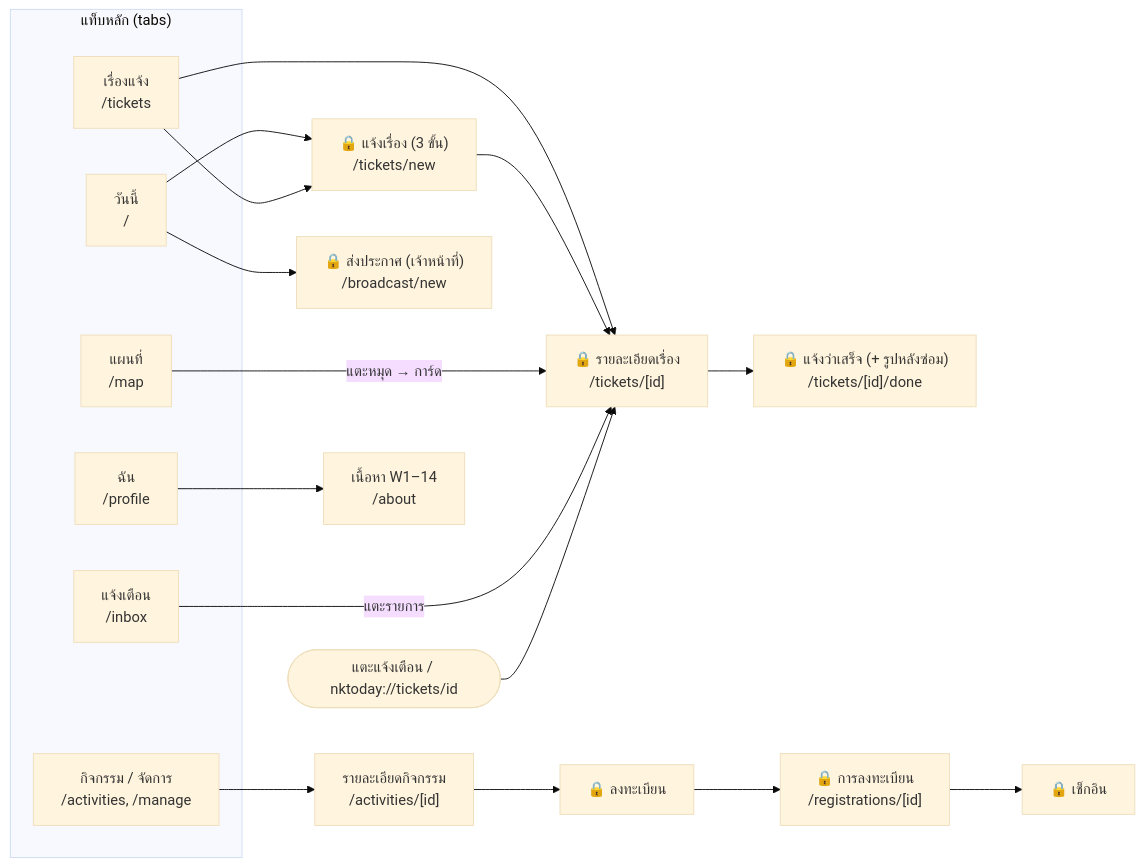
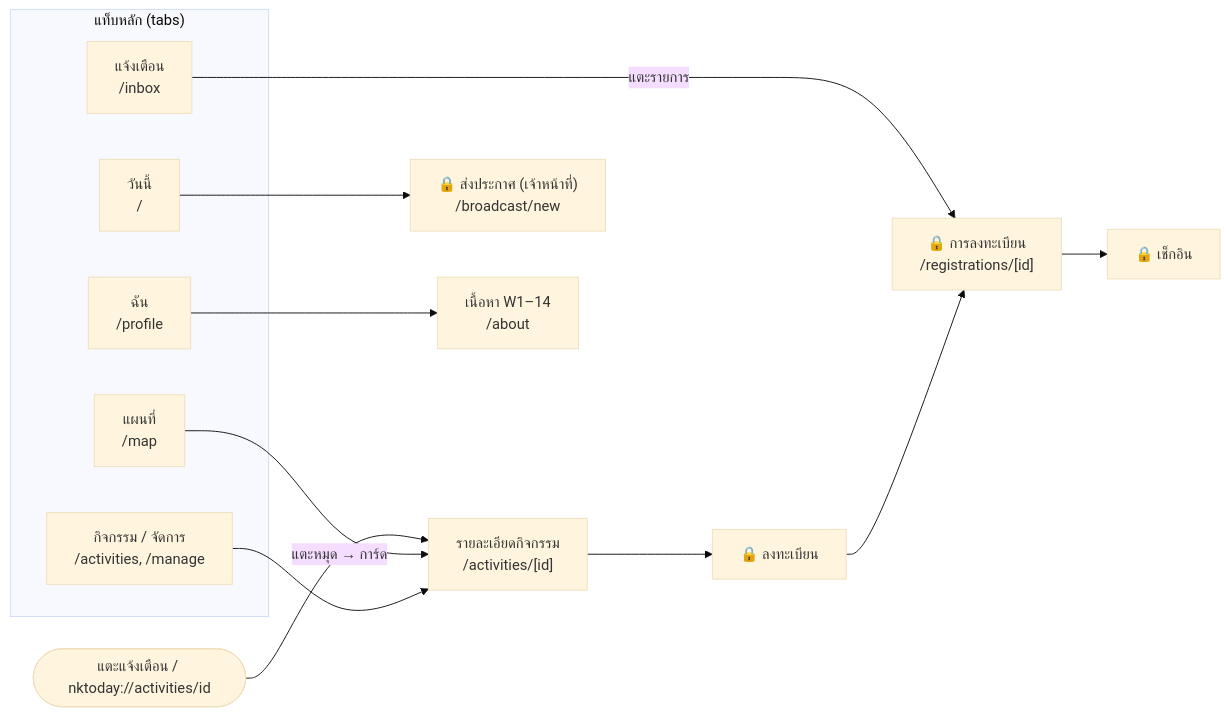
One commit to phop01/Hybrid_Mobile_Assignment changed the first of 10 diagrams in docs/DIAGRAMS.md. Above: the diagram before and after it, drawn with Mermaid (base theme). The commit also changed other lines of this file and 59 other files, not shown here.

````diff
--- a/docs/DIAGRAMS.md
+++ b/docs/DIAGRAMS.md
@@ -8,23 +8,17 @@
 ```mermaid
 flowchart LR
   subgraph Tabs["แท็บหลัก (tabs)"]
     T["วันนี้<br>/"]
     A["กิจกรรม / จัดการ<br>/activities, /manage"]
-    K["เรื่องแจ้ง<br>/tickets"]
     MP["แผนที่<br>/map"]
     I["แจ้งเตือน<br>/inbox"]
     P["ฉัน<br>/profile"]
   end
-  T --> KN["🔒 แจ้งเรื่อง (3 ขั้น)<br>/tickets/new"]
-  K --> KN
-  K --> KD["🔒 รายละเอียดเรื่อง<br>/tickets/[id]"]
-  KN --> KD
-  KD --> KF["🔒 แจ้งว่าเสร็จ (+ รูปหลังซ่อม)<br>/tickets/[id]/done"]
-  MP -->|"แตะหมุด → การ์ด"| KD
-  I -->|"แตะรายการ"| KD
-  N(["แตะแจ้งเตือน / nktoday://tickets/id"]) --> KD
+  N(["แตะแจ้งเตือน / nktoday://activities/id"]) --> D
+  I -->|"แตะรายการ"| G
+  MP -->|"แตะหมุด → การ์ด"| D
   T --> B["🔒 ส่งประกาศ (เจ้าหน้าที่)<br>/broadcast/new"]
   A --> D["รายละเอียดกิจกรรม<br>/activities/[id]"]
   D --> R["🔒 ลงทะเบียน"] --> G["🔒 การลงทะเบียน<br>/registrations/[id]"] --> C["🔒 เช็กอิน"]
   P --> W["เนื้อหา W1–14<br>/about"]
 ```
````
